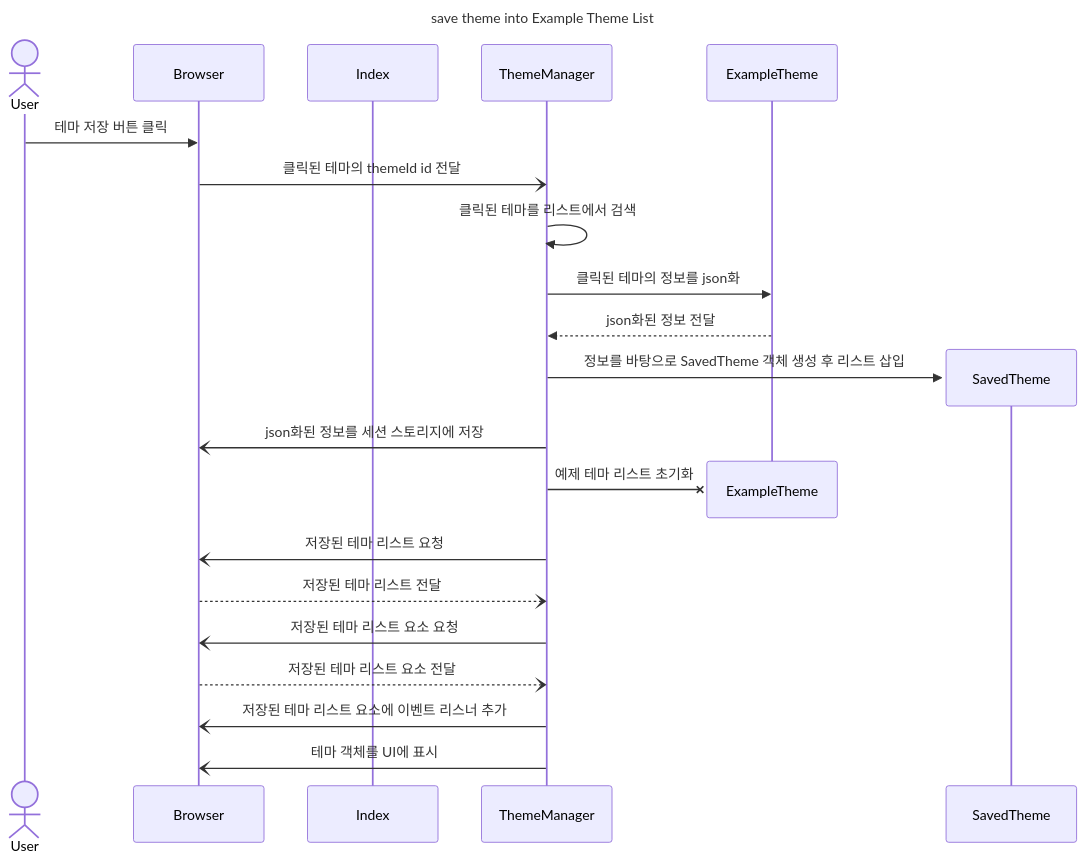
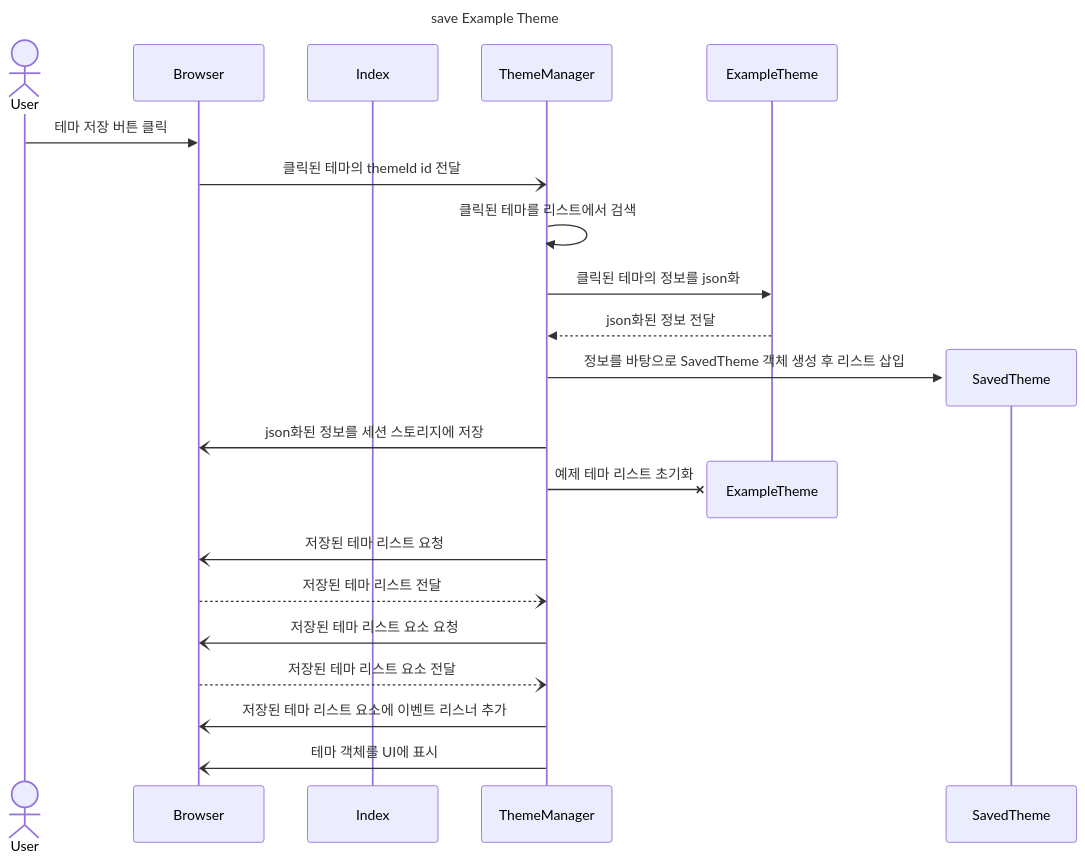
The second of 2 diagrams in docs/sequence diagram.md (ZeyaKim/themeforge), drawn with Mermaid before and after one commit.

Commit message:
📝 diagram title change

````diff
--- a/docs/sequence diagram.md
+++ b/docs/sequence diagram.md
@@ -47,28 +47,28 @@
 ```mermaid
 ---
-title: save theme into Example Theme List
+title: save Example Theme
 ---
 sequenceDiagram
     actor User
     participant Browser
     participant Index
     participant ThemeManager
     participant ExampleTheme
 
     User->>Browser: 테마 저장 버튼 클릭
     Browser-)ThemeManager: 클릭된 테마의 themeId id 전달
     ThemeManager->>ThemeManager: 클릭된 테마를 리스트에서 검색
     ThemeManager->>ExampleTheme: 클릭된 테마의 정보를 json화
     ExampleTheme-->>ThemeManager: json화된 정보 전달
     create participant SavedTheme
     ThemeManager->>SavedTheme: 정보를 바탕으로 SavedTheme 객체 생성 후 리스트 삽입
     ThemeManager-)Browser: json화된 정보를 세션 스토리지에 저장
     destroy ExampleTheme
     ThemeManager-xExampleTheme: 예제 테마 리스트 초기화
     ThemeManager-)Browser: 저장된 테마 리스트 요청
     Browser--)ThemeManager: 저장된 테마 리스트 전달
     ThemeManager-)Browser: 저장된 테마 리스트 요소 요청
     Browser--)ThemeManager: 저장된 테마 리스트 요소 전달
     ThemeManager-)Browser: 저장된 테마 리스트 요소에 이벤트 리스너 추가
     ThemeManager-)Browser: 테마 객체를 UI에 표시 
 ```
````
